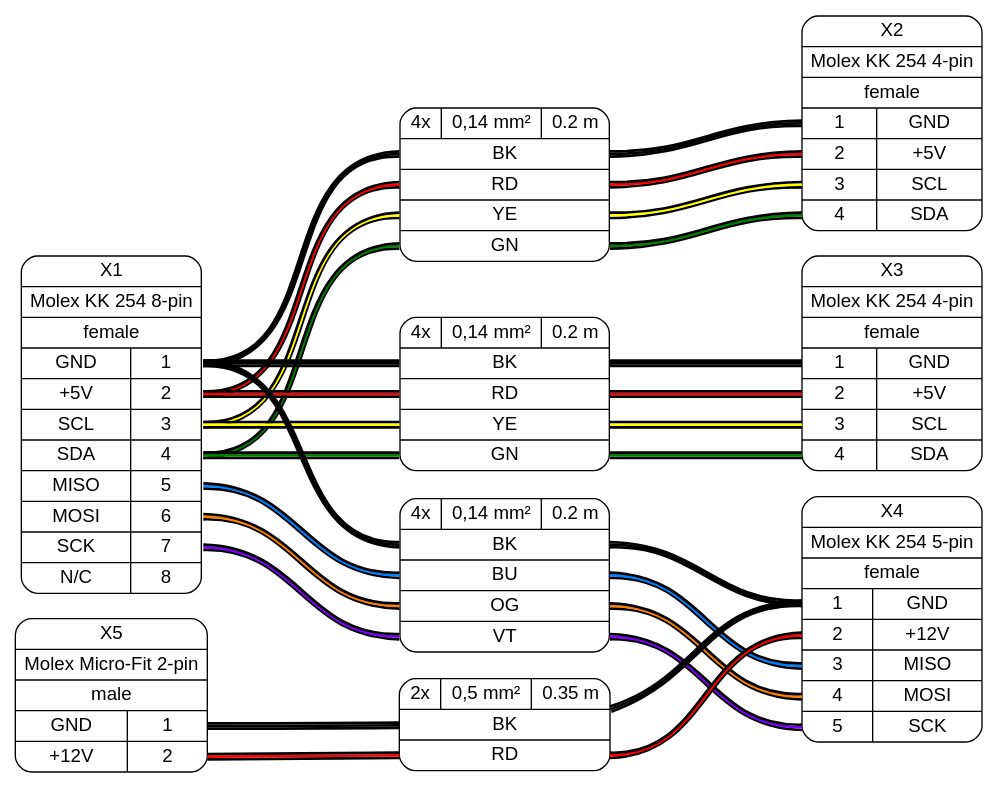
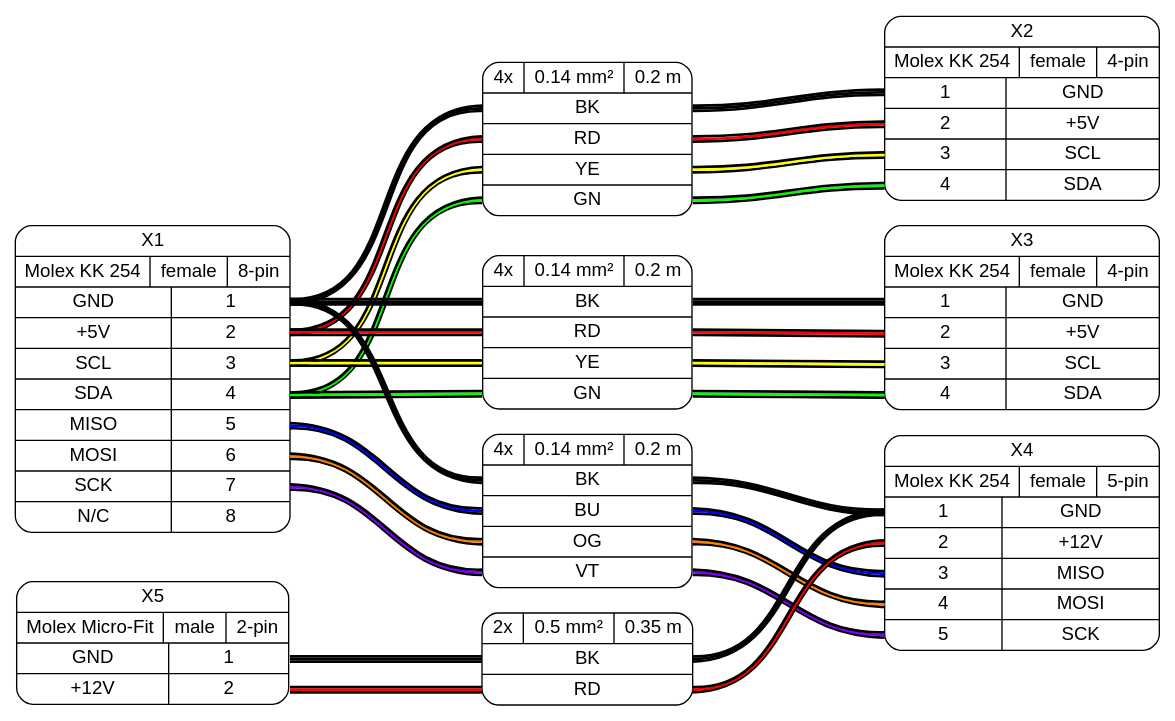
One commit to wireviz/WireViz changed the diagram in idea/example2.dot. Above: the diagram before and after it, drawn with Graphviz. The commit also changed 5 other files, not shown here.

```diff
--- a/idea/example2.dot
+++ b/idea/example2.dot
@@ -1,54 +1,53 @@
-graph G {
+// Graph generated by WireViz
+// https://github.com/formatc1702/WireViz
+// Daniel Rojas - 2020
+
+digraph G {
     graph [rankdir = LR, ranksep=2, fontname = "arial"];
     edge [arrowhead=none, fontname = "arial"];
     node [shape=record, style=rounded, fontname = "arial"];
 
-    X1[label="X1 | Molex KK 254 8-pin | female | {{GND|+5V|SCL|SDA|MISO|MOSI|SCK|N/C} | {<p1>1|<p2>2|<p3>3|<p4>4|<p5>5|<p6>6|<p7>7|<p8>8}} "];
-    X2[label="X2 | Molex KK 254 4-pin | female | {{<p1>1|<p2>2|<p3>3|<p4>4} | {GND|+5V|SCL|SDA}}"];
-    X3[label="X3 | Molex KK 254 4-pin | female | {{<p1>1|<p2>2|<p3>3|<p4>4} | {GND|+5V|SCL|SDA}}"];
-    X4[label="X4 | Molex KK 254 5-pin | female | {{<p1>1|<p2>2|<p3>3|<p4>4|<p5>5} | {GND|+12V|MISO|MOSI|SCK}}"];
-    X5[label="X5 | Molex Micro-Fit 2-pin | male | {{GND|+12V} | {<p1>1|<p2>2}} "];
 
-    W1[label="{4x | 0,14 mm² | 0.2 m} | <w1>BK|<w2>RD|<w3>YE|<w4>GN"];
-    W2[label="{4x | 0,14 mm² | 0.2 m} | <w1>BK|<w2>RD|<w3>YE|<w4>GN"];
-    W3[label="{4x | 0,14 mm² | 0.2 m} | <w1>BK|<w2>BU|<w3>OG|<w4>VT}"];
-    W4[label="{2x | 0,5 mm² | 0.35 m} | <w1>BK|<w2>RD"];
+X1[label="X1 | {Molex KK 254|female|8-pin} | {{GND|+5V|SCL|SDA|MISO|MOSI|SCK|N/C} | {<p1>1|<p2>2|<p3>3|<p4>4|<p5>5|<p6>6|<p7>7|<p8>8}}}"]
 
-    {edge[style=bold]
-        // GND
-        {edge[color="#000000:#000000:#000000"]
-            X1:p1 -- W1:w1 -- X2:p1;
-            X1:p1 -- W2:w1 -- X3:p1;
-            X1:p1 -- W3:w1 -- X4:p1;
-            X5:p1 -- W4:W1 -- X4:p1;
-        }
+X2[label="X2 | {Molex KK 254|female|4-pin} | {{<p1>1|<p2>2|<p3>3|<p4>4} | {GND|+5V|SCL|SDA}}}"]
 
-        // +5V
-        {edge[color="#000000:#ff0000:#000000"]
-            X1:p2 -- W1:w2 -- X2:p2;
-            X1:p2 -- W2:w2 -- X3:p2;
-        }
+X3[label="X3 | {Molex KK 254|female|4-pin} | {{<p1>1|<p2>2|<p3>3|<p4>4} | {GND|+5V|SCL|SDA}}}"]
 
-        // +12V
-        {edge[color="#000000:#ff0000:#000000"] X5:p2 -- W4:w2 -- X4:p2; }
+X4[label="X4 | {Molex KK 254|female|5-pin} | {{<p1>1|<p2>2|<p3>3|<p4>4|<p5>5} | {GND|+12V|MISO|MOSI|SCK}}}"]
 
-        // SCL
-        {edge[color="#000000:#ffff00:#000000"]
-            X1:p3 -- W1:w3 -- X2:p3;
-            X1:p3 -- W2:w3 -- X3:p3;
-        }
+X5[label="X5 | {Molex Micro-Fit|male|2-pin} | {{GND|+12V} | {<p1>1|<p2>2}}}"]
 
-        // SDA
-        {edge[color="#000000:#008000:#000000"]
-            X1:p4 -- W1:w4 -- X2:p4;
-            X1:p4 -- W2:w4 -- X3:p4;
-        }
+W1[label="{4x|0.14 mm²|0.2 m} | {{<w1>BK|<w2>RD|<w3>YE|<w4>GN}}}"]
 
-        // SPI
-        {edge[color="#000000:#0080ff:#000000"] X1:p5 -- W3:w2 -- X4:p3; }
-        {edge[color="#000000:#ff8000:#000000"] X1:p6 -- W3:w3 -- X4:p4; }
-        {edge[color="#000000:#8000ff:#000000"] X1:p7 -- W3:w4 -- X4:p5; }
+{edge[style=bold]
+{edge[color="#000000:#000000:#000000"] X1:p1 -> W1:w1; W1:w1 -> X2:p1}
+{edge[color="#000000:#ff0000:#000000"] X1:p2 -> W1:w2; W1:w2 -> X2:p2}
+{edge[color="#000000:#ffff00:#000000"] X1:p3 -> W1:w3; W1:w3 -> X2:p3}
+{edge[color="#000000:#00ff00:#000000"] X1:p4 -> W1:w4; W1:w4 -> X2:p4}
+}
+W2[label="{4x|0.14 mm²|0.2 m} | {{<w1>BK|<w2>RD|<w3>YE|<w4>GN}}}"]
 
-        // +12V
-    }
+{edge[style=bold]
+{edge[color="#000000:#000000:#000000"] X1:p1 -> W2:w1; W2:w1 -> X3:p1}
+{edge[color="#000000:#ff0000:#000000"] X1:p2 -> W2:w2; W2:w2 -> X3:p2}
+{edge[color="#000000:#ffff00:#000000"] X1:p3 -> W2:w3; W2:w3 -> X3:p3}
+{edge[color="#000000:#00ff00:#000000"] X1:p4 -> W2:w4; W2:w4 -> X3:p4}
 }
+W3[label="{4x|0.14 mm²|0.2 m} | {{<w1>BK|<w2>BU|<w3>OG|<w4>VT}}}"]
+
+{edge[style=bold]
+{edge[color="#000000:#000000:#000000"] X1:p1 -> W3:w1; W3:w1 -> X4:p1}
+{edge[color="#000000:#0000ff:#000000"] X1:p5 -> W3:w2; W3:w2 -> X4:p3}
+{edge[color="#000000:#ff8000:#000000"] X1:p6 -> W3:w3; W3:w3 -> X4:p4}
+{edge[color="#000000:#8000ff:#000000"] X1:p7 -> W3:w4; W3:w4 -> X4:p5}
+}
+W4[label="{2x|0.5 mm²|0.35 m} | {{<w1>BK|<w2>RD}}}"]
+
+{edge[style=bold]
+{edge[color="#000000:#000000:#000000"] X5:p1 -> W4:w1; W4:w1 -> X4:p1}
+{edge[color="#000000:#ff0000:#000000"] X5:p2 -> W4:w2; W4:w2 -> X4:p2}
+}
+
+
+}
```
